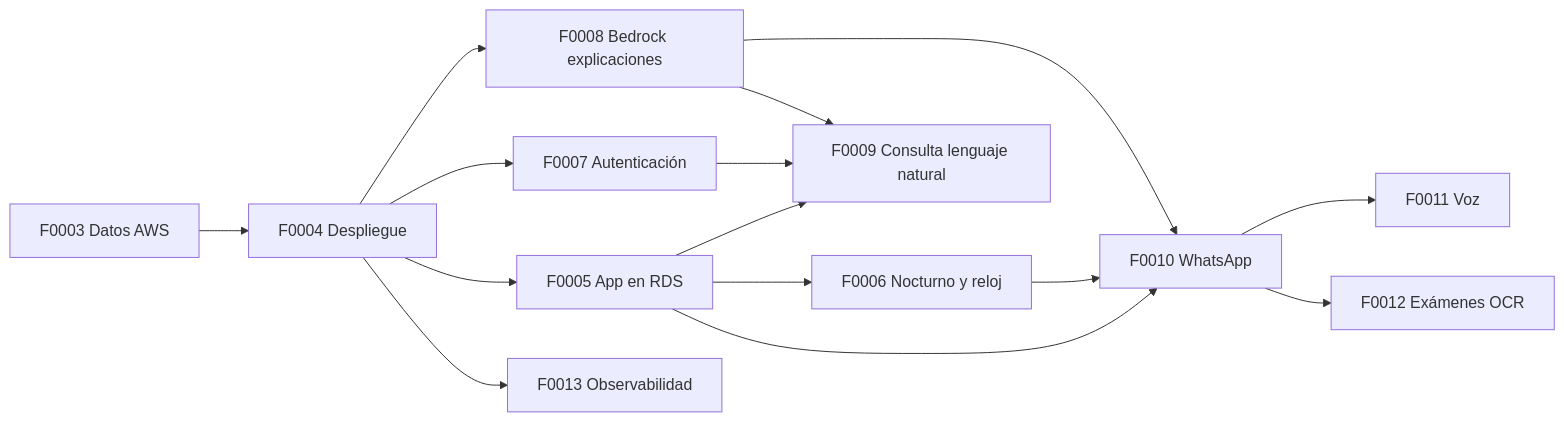
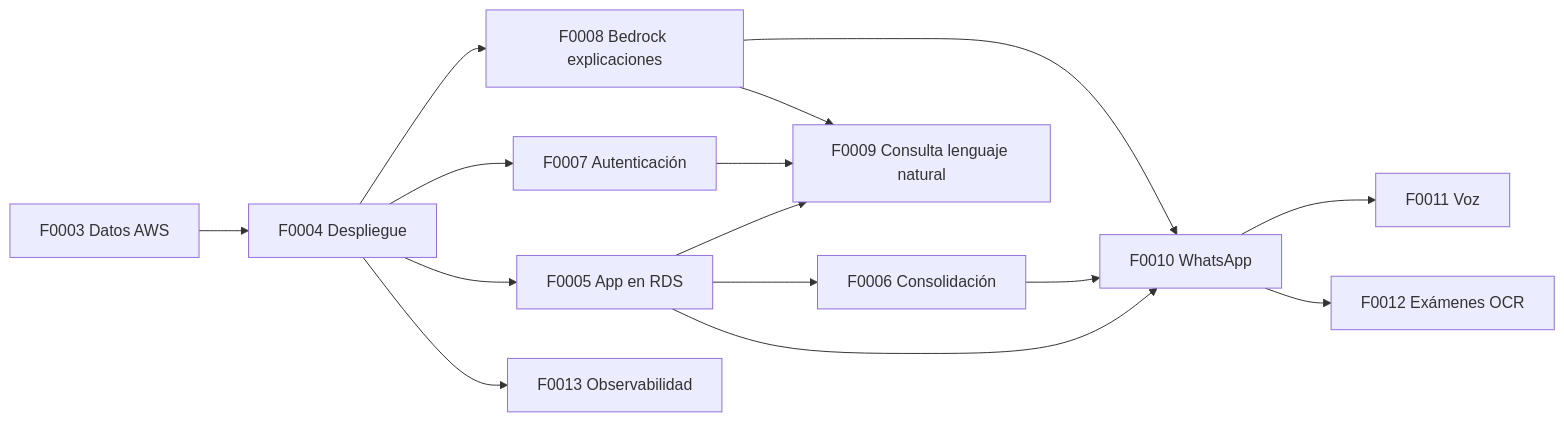
Before and after one commit to patricioespinozaa/AWS-G12: the diagram in docs/feature/README.md, drawn with Mermaid. The commit also changed other lines of this file and 57 other files, not shown here.

````diff
--- a/docs/feature/README.md
+++ b/docs/feature/README.md
@@ -27,17 +29,17 @@
 ```mermaid
 flowchart LR
     F3[F0003 Datos AWS] --> F4[F0004 Despliegue]
     F4 --> F5[F0005 App en RDS]
     F4 --> F7[F0007 Autenticación]
     F4 --> F8[F0008 Bedrock explicaciones]
     F4 --> F13[F0013 Observabilidad]
-    F5 --> F6[F0006 Nocturno y reloj]
+    F5 --> F6[F0006 Consolidación]
     F5 --> F9[F0009 Consulta lenguaje natural]
     F7 --> F9
     F8 --> F9
     F5 --> F10[F0010 WhatsApp]
     F6 --> F10
     F8 --> F10
     F10 --> F11[F0011 Voz]
     F10 --> F12[F0012 Exámenes OCR]
 ```
````
